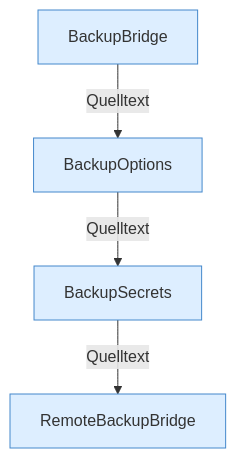
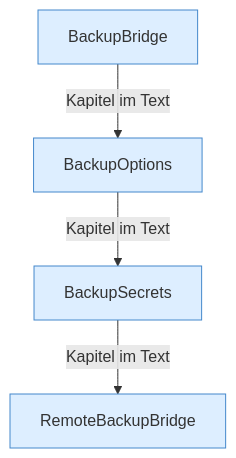
One commit to PrinceDiamant/minecraft-serverhoster-plugin changed the diagram in Backup-Bruecken.md. Above: the diagram before and after it, drawn with Mermaid. The commit also changed other lines of this file and 2005 other files, not shown here.

````diff
--- a/Backup-Bruecken.md
+++ b/Backup-Bruecken.md
@@ -5,12 +5,12 @@
 ```mermaid
 flowchart TD
   n1["BackupBridge"]:::internal-link
   n2["BackupOptions"]:::internal-link
   n3["BackupSecrets"]:::internal-link
   n4["RemoteBackupBridge"]:::internal-link
-  n1 -->|"Quelltext"| n2
-  n2 -->|"Quelltext"| n3
-  n3 -->|"Quelltext"| n4
+  n1 -->|"Kapitel im Text"| n2
+  n2 -->|"Kapitel im Text"| n3
+  n3 -->|"Kapitel im Text"| n4
   classDef internal-link fill:#ddeeff,stroke:#4488cc
   classDef befund fill:#f88
 ```
````
